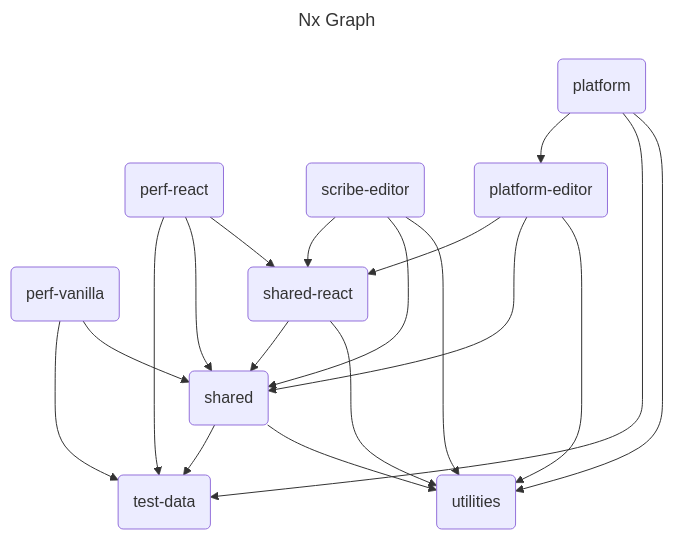
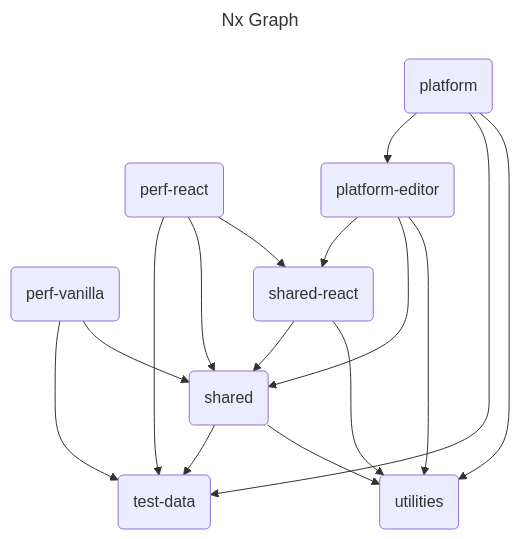
One commit to paranext/scripture-editors changed the diagram in README.md. Above: the diagram before and after it, drawn with Mermaid. The commit also changed other lines of this file and 85 other files, not shown here.

````diff
--- a/README.md
+++ b/README.md
@@ -102,24 +96,21 @@
 ```mermaid
 ---
 title: Nx Graph
 ---
 graph TB
   V(perf-vanilla) --> T(test-data)
   V --> S(shared)
   S --> T
   S --> U(utilities)
   R(perf-react) --> T
   R --> S
   R --> SR(shared-react)
   SR --> S
   SR --> U
-  SB(scribe-editor) --> SR
-  SB --> S
-  SB --> U
   P(platform) --> PE(platform-editor)
   P --> T
   P --> U
   PE --> SR
   PE --> S
   PE --> U
 ```
````
